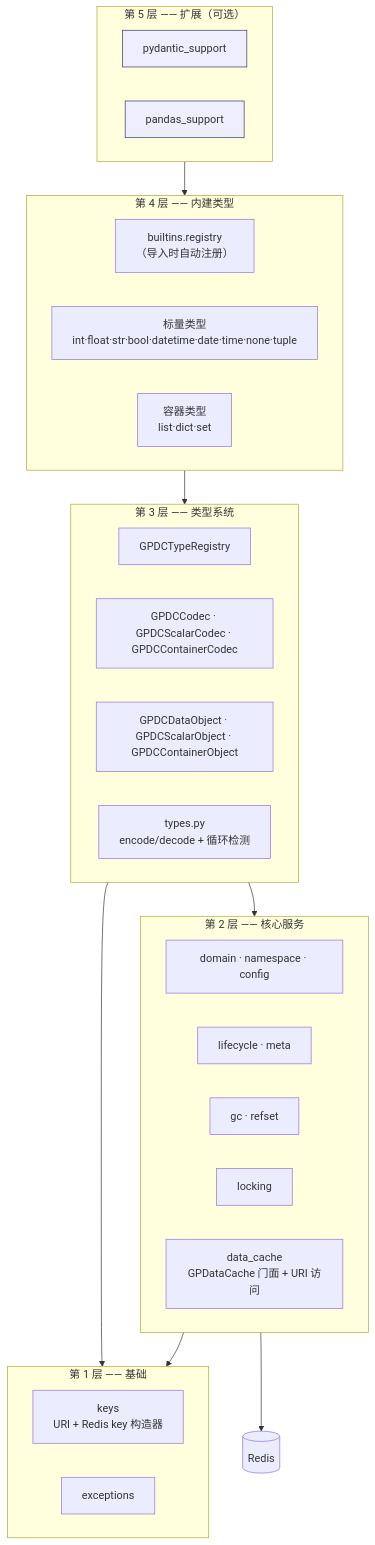
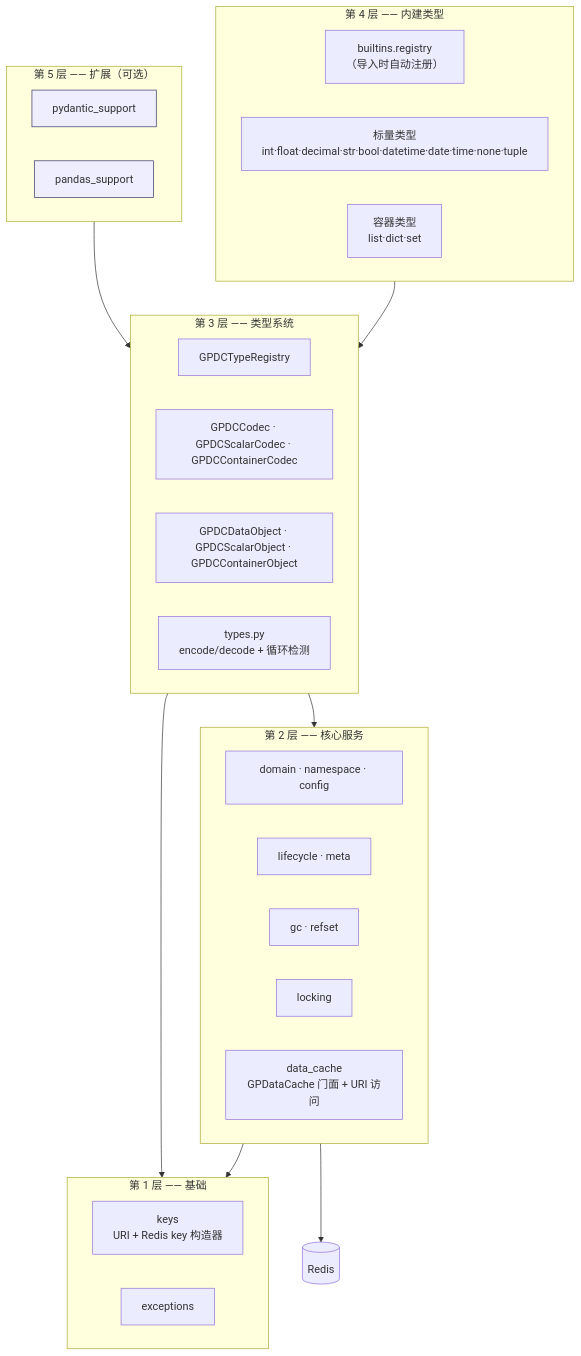
The first of 4 diagrams in docs/zh/overview.md (LinnetCodes/gpdatacached), drawn with Mermaid before and after one commit. The commit also changed 23 other files, not shown here.

````diff
--- a/docs/zh/overview.md
+++ b/docs/zh/overview.md
@@ -66,39 +66,39 @@
 ```mermaid
 graph TD
     subgraph L5["第 5 层 —— 扩展（可选）"]
         PYD["pydantic_support"]
         PANDAS["pandas_support"]
     end
     subgraph L4["第 4 层 —— 内建类型"]
         BREG["builtins.registry<br/>（导入时自动注册）"]
-        SCALARS["标量类型<br/>int·float·str·bool·datetime·date·time·none·tuple"]
+        SCALARS["标量类型<br/>int·float·decimal·str·bool·datetime·date·time·none·tuple"]
         CONTAINERS["容器类型<br/>list·dict·set"]
     end
     subgraph L3["第 3 层 —— 类型系统"]
         REG["GPDCTypeRegistry"]
         CODEC["GPDCCodec · GPDCScalarCodec · GPDCContainerCodec"]
         OBJ["GPDCDataObject · GPDCScalarObject · GPDCContainerObject"]
         TYPES["types.py<br/>encode/decode + 循环检测"]
     end
     subgraph L2["第 2 层 —— 核心服务"]
         DOMAIN["domain · namespace · config"]
         LIFE["lifecycle · meta"]
         GC["gc · refset"]
         LOCK["locking"]
         DC["data_cache<br/>GPDataCache 门面 + URI 访问"]
     end
  subgraph L1["第 1 层 —— 基础"]
         KEYS["keys<br/>URI + Redis key 构造器"]
         EXC["exceptions"]
     end
     REDIS[("Redis")]
-    L5 --> L4
+    L5 --> L3
     L4 --> L3
     L3 --> L2
     L3 --> L1
     L2 --> L1
     L2 --> REDIS
     classDef layer fill:#fff,stroke:#333,stroke-width:1px;
     classDef ext fill:#eef,stroke:#336,stroke-width:1px;
     class PYD,PANDAS ext;
 ```
````
